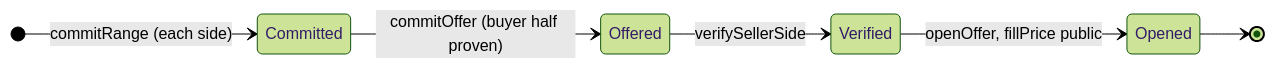
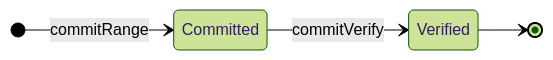
One commit to sdh2222/midnight-hackathon changed the second of 2 diagrams in docs/superpowers/specs/2026-09-18-intent-compact.md. Above: the diagram before and after it, drawn with Mermaid (forest theme). The commit also changed other lines of this file and 2 other files, not shown here.

First line of the commit message:
Amend Compact specs to commitRange and commitVerify.

````diff
--- a/docs/superpowers/specs/2026-09-18-intent-compact.md
+++ b/docs/superpowers/specs/2026-09-18-intent-compact.md
@@ -68,9 +57,7 @@
 ```mermaid
 stateDiagram-v2
   direction LR
-  [*] --> Committed: commitRange (each side)
-  Committed --> Offered: commitOffer (buyer half proven)
-  Offered --> Verified: verifySellerSide
-  Verified --> Opened: openOffer, fillPrice public
-  Opened --> [*]
+  [*] --> Committed: commitRange
+  Committed --> Verified: commitVerify
+  Verified --> [*]
 ```
````
